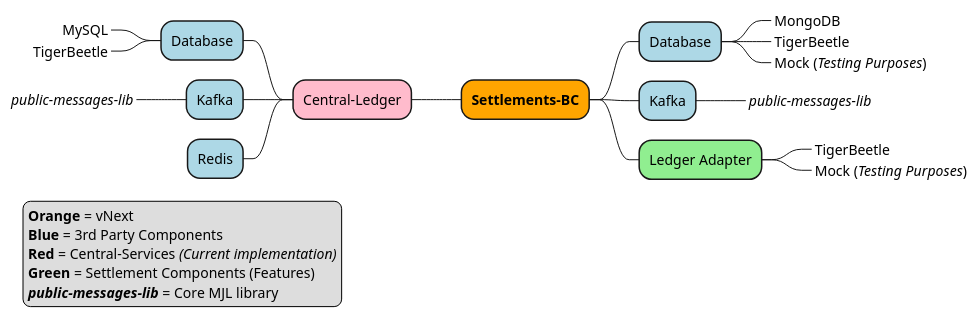
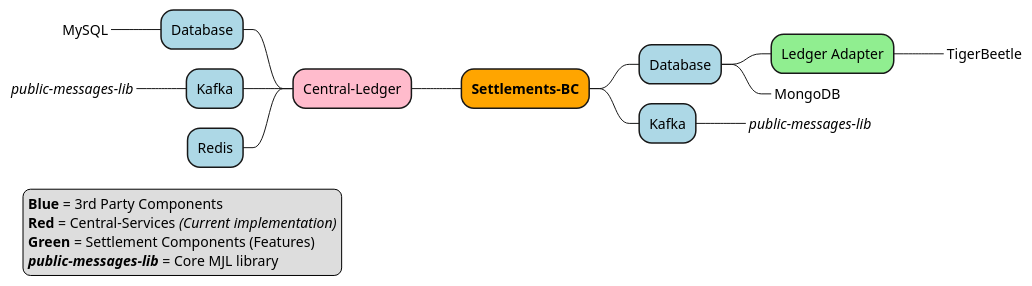
One commit to mojaloop/settlements-bc changed the diagram in docs/flows/30-settlement-architecture-cl.puml. Above: the diagram before and after it, drawn with PlantUML. The commit also changed 3 other files, not shown here.

```diff
--- a/docs/flows/30-settlement-architecture-cl.puml
+++ b/docs/flows/30-settlement-architecture-cl.puml
@@ -1,28 +1,23 @@
 @startmindmap
 +[#Orange] **Settlements-BC**
 ++[#Lightblue] Database
++++[#LightGreen] Ledger Adapter
+****_ TigerBeetle
 +++_ MongoDB
-+++_ TigerBeetle
-+++_ Mock (//Testing Purposes//)
 ++[#Lightblue] Kafka
 +++_ //public-messages-lib//
-++[#LightGreen] Ledger Adapter
-***_ TigerBeetle
-***_ Mock (//Testing Purposes//)
 --[#FFBBCC] Central-Ledger
 ---[#Lightblue] Database
 ----_ MySQL
-----_ TigerBeetle
 ---[#Lightblue] Kafka
 ----_ //public-messages-lib//
 ---[#Lightblue] Redis
 
 legend left
-**Orange** = vNext
 **Blue** = 3rd Party Components
 **Red** = Central-Services //(Current implementation)//
 **Green** = Settlement Components (Features)
 **//public-messages-lib//** = Core MJL library
 endlegend
 
 @endmindmap
```
